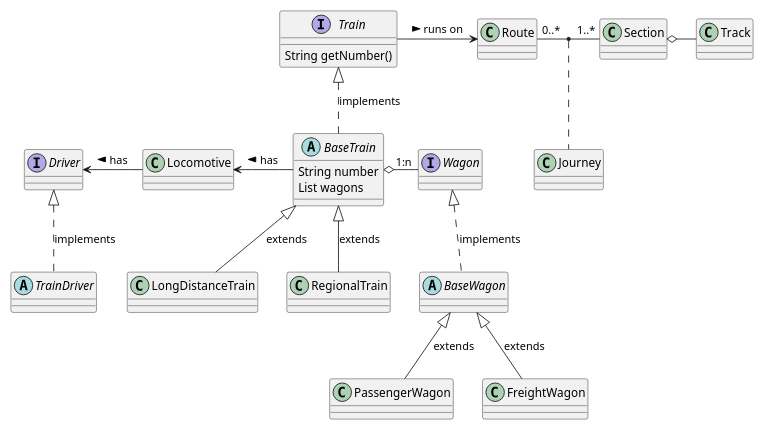
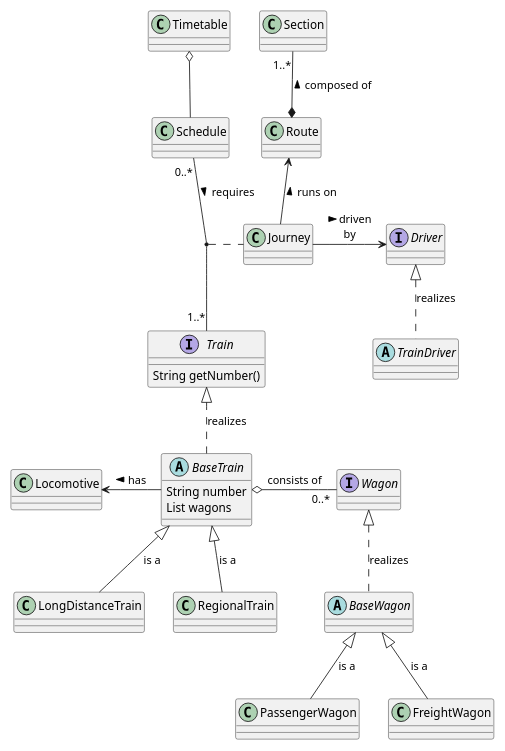
Before and after one commit to ThorstenEckstein/dhbw-advanced-programming: the diagram in docs/asciidoc/diagrams/course-1/business-model.puml, drawn with PlantUML. The commit also changed 5 other files, not shown here.

```diff
--- a/docs/asciidoc/diagrams/course-1/business-model.puml
+++ b/docs/asciidoc/diagrams/course-1/business-model.puml
@@ -1,49 +1,56 @@
 @startuml
 'https://plantuml.com/class-diagram
 
 'skinparam groupInheritance 2
 
 scale 0.8
 
 interface Train {
   String getNumber()
 }
 abstract class BaseTrain {
   String number
   List wagons
 }
 class LongDistanceTrain
 class RegionalTrain
 class Locomotive
 
+class Journey
 interface Driver
 abstract class TrainDriver
 
 interface Wagon
 abstract class BaseWagon
 class PassengerWagon
 class FreightWagon
 
 class Route
 class Section
-class Track
+class Schedule
+class Timetable
 
-Train         <|..       BaseTrain         : implements
-BaseTrain     <|--       LongDistanceTrain : extends
-BaseTrain     <|--       RegionalTrain     : extends
-BaseTrain     -l->       Locomotive        : > has
-BaseTrain     o-r- "1:n" Wagon
+Train            <|..        BaseTrain         : realizes
+BaseTrain        <|--        LongDistanceTrain : is a
+BaseTrain        <|--        RegionalTrain     : is a
+BaseTrain        -l->        Locomotive        : > has
+BaseTrain        o-r- "0..*" Wagon             : consists of
 
-Wagon         <|..       BaseWagon         : implements
-BaseWagon     <|--       PassengerWagon    : extends
-BaseWagon     <|--       FreightWagon      : extends
+Wagon            <|..        BaseWagon         : realizes
+BaseWagon        <|--        PassengerWagon    : is a
+BaseWagon        <|--        FreightWagon      : is a
 
-Locomotive    -l->       Driver            : > has
-Driver        <|..       TrainDriver       : implements
+Timetable        o-d-        Schedule
+Schedule "0..*"  -- "1..*"   Train        : > requires
+(Schedule,Train) ..          Journey
+Journey          -r->        Driver            : > driven\nby
+Driver           <|.d.       TrainDriver       : realizes
 
-Train         -r->       Route             : runs on >
-Route "0..*"  -  "1..*"  Section
-(Route, Section) ..      Journey
-Section       o-r-       Track
+Journey          -u->        Route             : runs on >
+Route            *-u- "1..*" Section           : > composed of
+
+'Route "0..*"  -  "1..*"  Section
+'(Route, Section) ..      Journey
+'Section       o-r-       Track
 
 @enduml
```
